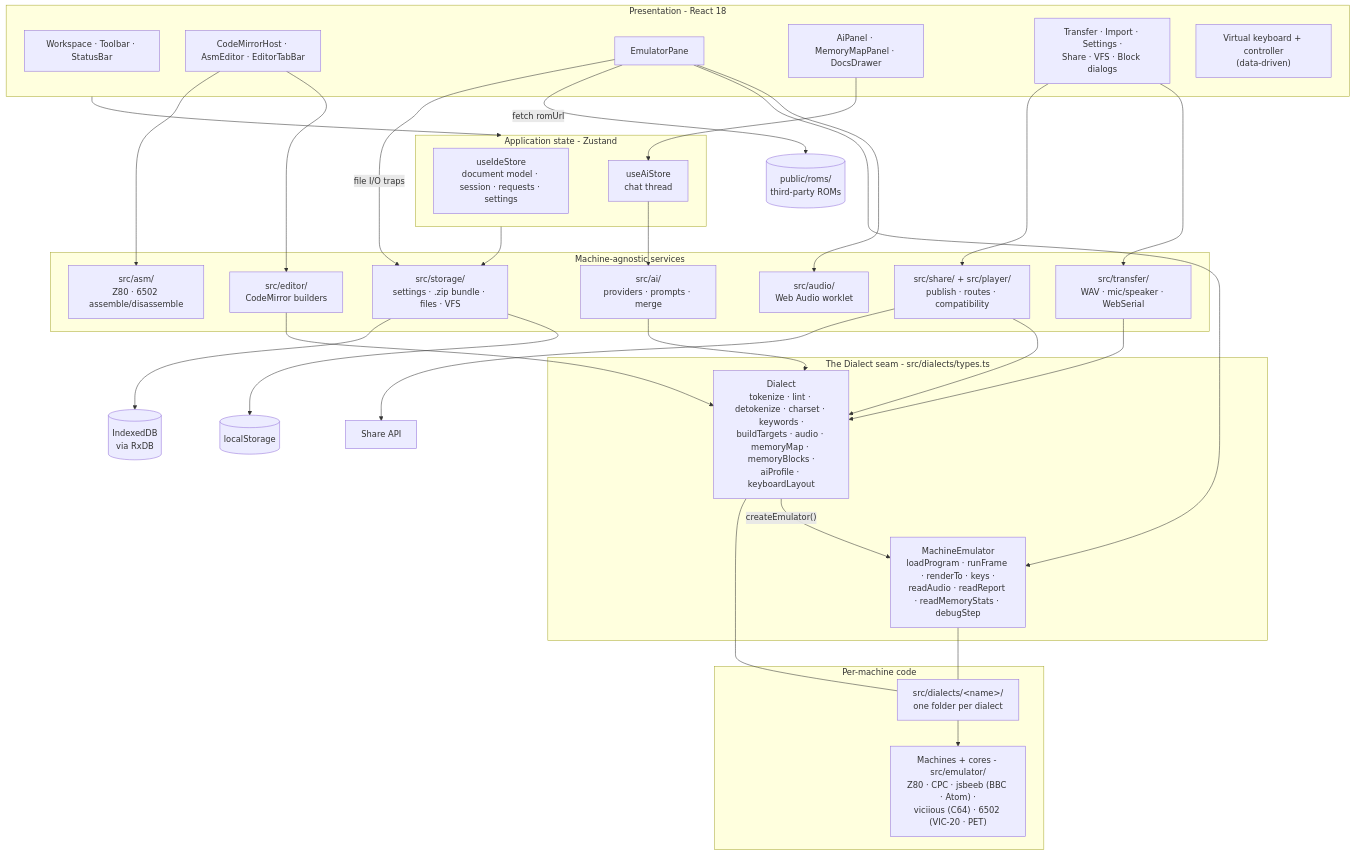
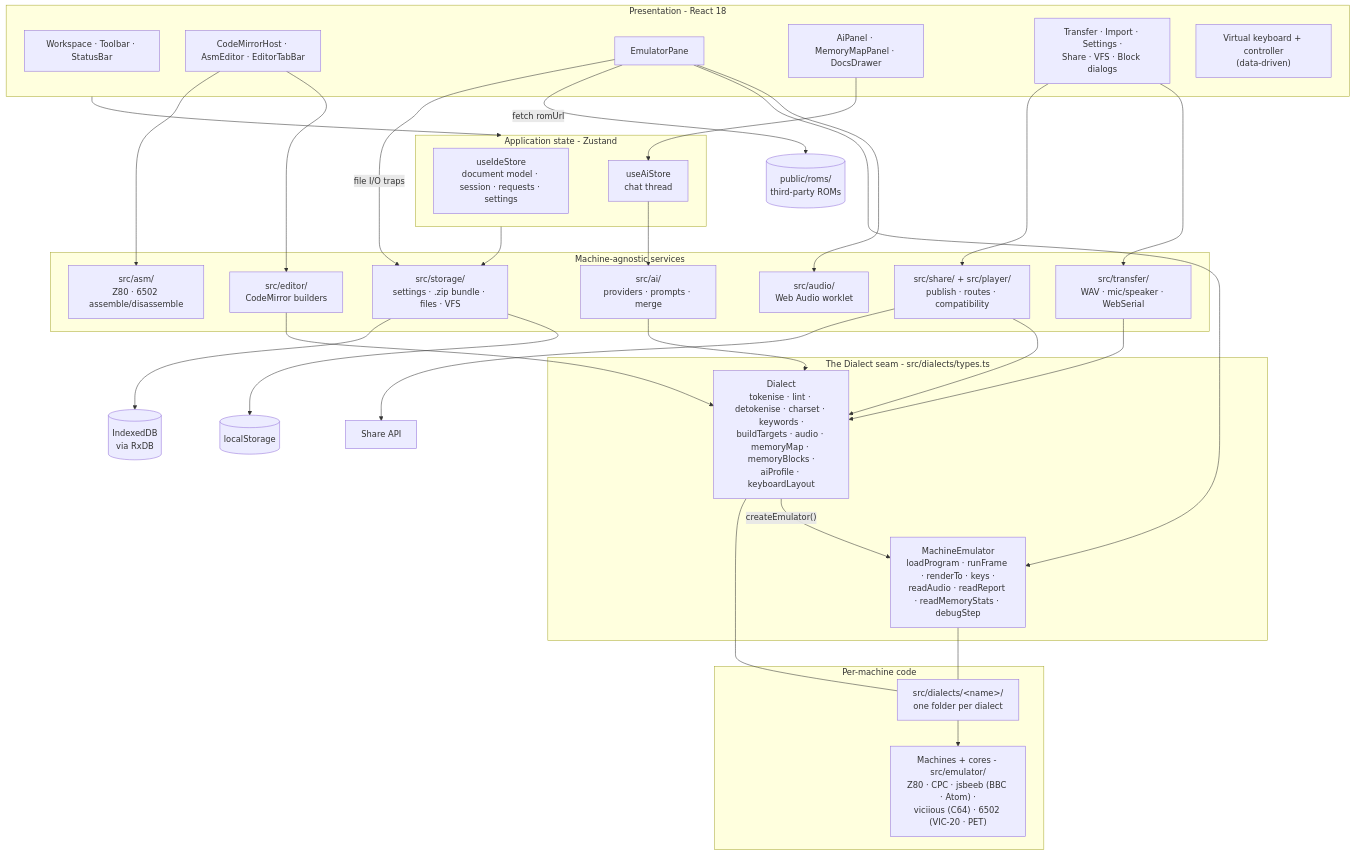
Before and after one commit to seanhodges/basically: the third of 9 diagrams in docs/contributing/architecture.md, drawn with Mermaid. The commit also changed other lines of this file and 28 other files, not shown here.

````diff
--- a/docs/contributing/architecture.md
+++ b/docs/contributing/architecture.md
@@ -279,63 +279,63 @@
 ```mermaid
 flowchart TB
   subgraph presentation ["Presentation - React 18"]
     workspace["Workspace · Toolbar · StatusBar"]
     editorui["CodeMirrorHost · AsmEditor · EditorTabBar"]
     emupane["EmulatorPane"]
     panels["AiPanel · MemoryMapPanel · DocsDrawer"]
     dialogs["Transfer · Import · Settings ·<br/>Share · VFS · Block dialogs"]
     vkbd["Virtual keyboard + controller<br/>(data-driven)"]
   end
 
   subgraph state ["Application state - Zustand"]
     store["useIdeStore<br/>document model · session · requests · settings"]
     aistore["useAiStore<br/>chat thread"]
   end
 
   subgraph services ["Machine-agnostic services"]
     editor["src/editor/<br/>CodeMirror builders"]
     asm["src/asm/<br/>Z80 · 6502 assemble/disassemble"]
     ai["src/ai/<br/>providers · prompts · merge"]
     transfer["src/transfer/<br/>WAV · mic/speaker · WebSerial"]
     shareapi["src/share/ + src/player/<br/>publish · routes · compatibility"]
     storage["src/storage/<br/>settings · .zip bundle · files · VFS"]
     audio["src/audio/<br/>Web Audio worklet"]
   end
 
   subgraph seam ["The Dialect seam - src/dialects/types.ts"]
-    dialect["Dialect<br/>tokenize · lint · detokenize · charset · keywords ·<br/>buildTargets · audio · memoryMap · memoryBlocks ·<br/>aiProfile · keyboardLayout"]
+    dialect["Dialect<br/>tokenise · lint · detokenise · charset · keywords ·<br/>buildTargets · audio · memoryMap · memoryBlocks ·<br/>aiProfile · keyboardLayout"]
     machine["MachineEmulator<br/>loadProgram · runFrame · renderTo · keys ·<br/>readAudio · readReport · readMemoryStats · debugStep"]
   end
 
   subgraph machines ["Per-machine code"]
     folders["src/dialects/&lt;name&gt;/<br/>one folder per dialect"]
     cores["Machines + cores - src/emulator/<br/>Z80 · CPC · jsbeeb (BBC · Atom) ·<br/>viciious (C64) · 6502 (VIC-20 · PET)"]
   end
 
   roms[("public/roms/<br/>third-party ROMs")]
   ls[("localStorage")]
   idb[("IndexedDB<br/>via RxDB")]
   api["Share API"]
 
   presentation --> state
   editorui --> editor
   editorui --> asm
   panels --> aistore --> ai
   dialogs --> transfer
   dialogs --> shareapi
   emupane --> audio
   editor --> dialect
   ai --> dialect
   transfer --> dialect
   shareapi --> dialect
   emupane --> machine
   dialect -->|"createEmulator()"| machine
   dialect --- folders
   machine --- folders
   folders --> cores
   emupane -->|"fetch romUrl"| roms
   emupane -->|"file I/O traps"| storage
   state --> storage --> ls
   storage --> idb
   shareapi --> api
 ```
````
